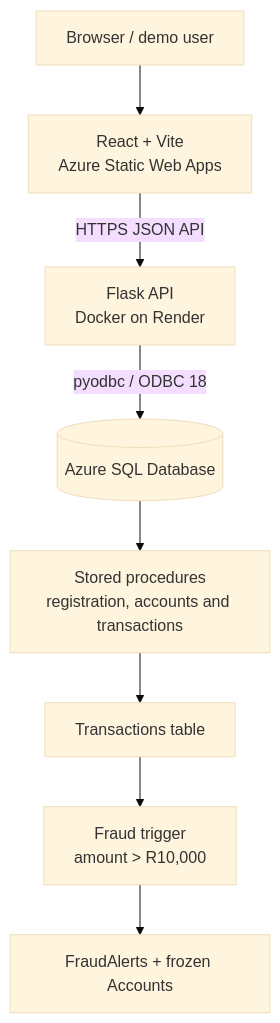
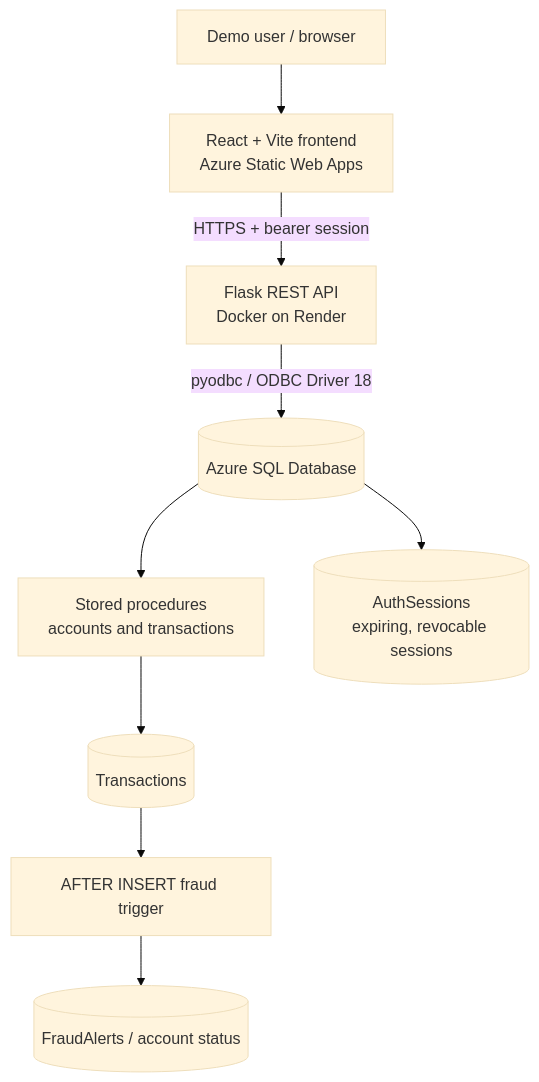
One commit to landezubenathi/banking-system changed the first of 2 diagrams in README.md. Above: the diagram before and after it, drawn with Mermaid (base theme). The commit also changed other lines of this file, not shown here.

````diff
--- a/README.md
+++ b/README.md
@@ -41,10 +44,11 @@
 ```mermaid
 flowchart TD
-  U[Browser / demo user] --> R[React + Vite\nAzure Static Web Apps]
-  R -->|HTTPS JSON API| F[Flask API\nDocker on Render]
-  F -->|pyodbc / ODBC 18| S[(Azure SQL Database)]
-  S --> P[Stored procedures\nregistration, accounts and transactions]
-  P --> T[Transactions table]
-  T --> G[Fraud trigger\namount > R10,000]
-  G --> A[FraudAlerts + frozen Accounts]
+    A[Demo user / browser] --> B[React + Vite frontend\nAzure Static Web Apps]
+    B -->|HTTPS + bearer session| C[Flask REST API\nDocker on Render]
+    C -->|pyodbc / ODBC Driver 18| D[(Azure SQL Database)]
+    D --> E[Stored procedures\naccounts and transactions]
+    E --> F[(Transactions)]
+    F --> G[AFTER INSERT fraud trigger]
+    G --> H[(FraudAlerts / account status)]
+    D --> I[(AuthSessions\nexpiring, revocable sessions)]
 ```
````
